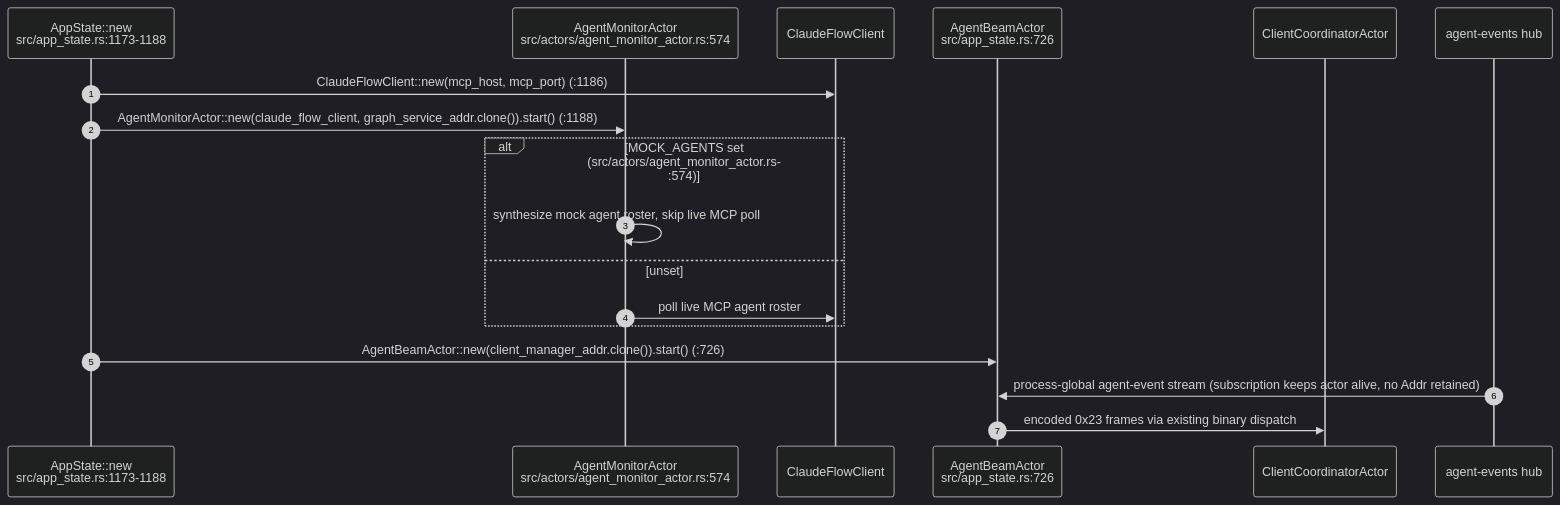
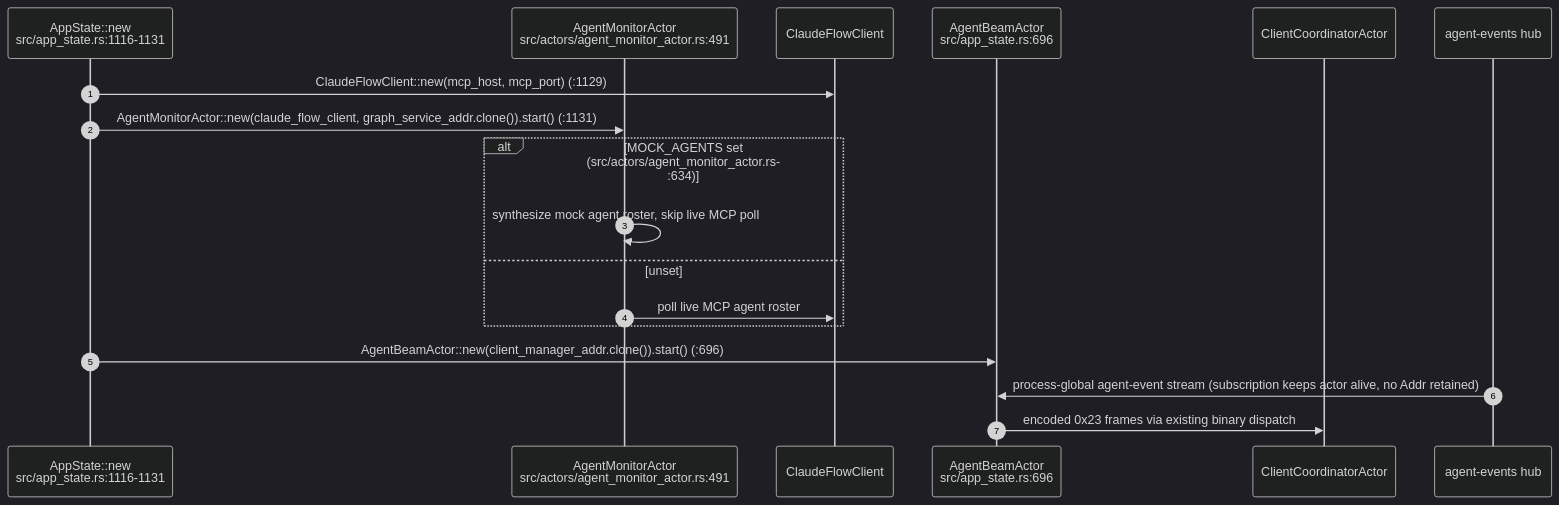
Before and after one commit to DreamLab-AI/VisionFlow: diagram 14 of 14 in docs/diagrams/visionclaw/02-actor-supervision.md, drawn with Mermaid (dark theme). The commit also changed other lines of this file and 160 other files, not shown here.

````diff
--- a/docs/diagrams/visionclaw/02-actor-supervision.md
+++ b/docs/diagrams/visionclaw/02-actor-supervision.md
@@ -495,21 +504,21 @@
 ```mermaid
 sequenceDiagram
     autonumber
-    participant APP as AppState::new<br/>src/app_state.rs:1173-1188
-    participant AM as AgentMonitorActor<br/>src/actors/agent_monitor_actor.rs:574
+    participant APP as AppState::new<br/>src/app_state.rs:1116-1131
+    participant AM as AgentMonitorActor<br/>src/actors/agent_monitor_actor.rs:491
     participant CFC as ClaudeFlowClient
-    participant AB as AgentBeamActor<br/>src/app_state.rs:726
+    participant AB as AgentBeamActor<br/>src/app_state.rs:696
     participant CC as ClientCoordinatorActor
     participant HUB as agent-events hub
 
-    APP->>CFC: ClaudeFlowClient::new(mcp_host, mcp_port) (:1186)
-    APP->>AM: AgentMonitorActor::new(claude_flow_client, graph_service_addr.clone()).start() (:1188)
-    alt MOCK_AGENTS set (src/actors/agent_monitor_actor.rs:574)
+    APP->>CFC: ClaudeFlowClient::new(mcp_host, mcp_port) (:1129)
+    APP->>AM: AgentMonitorActor::new(claude_flow_client, graph_service_addr.clone()).start() (:1131)
+    alt MOCK_AGENTS set (src/actors/agent_monitor_actor.rs:634)
         AM->>AM: synthesize mock agent roster, skip live MCP poll
     else unset
         AM->>CFC: poll live MCP agent roster
     end
-    APP->>AB: AgentBeamActor::new(client_manager_addr.clone()).start() (:726)
+    APP->>AB: AgentBeamActor::new(client_manager_addr.clone()).start() (:696)
     HUB->>AB: process-global agent-event stream (subscription keeps actor alive, no Addr retained)
     AB->>CC: encoded 0x23 frames via existing binary dispatch
 ```
````
